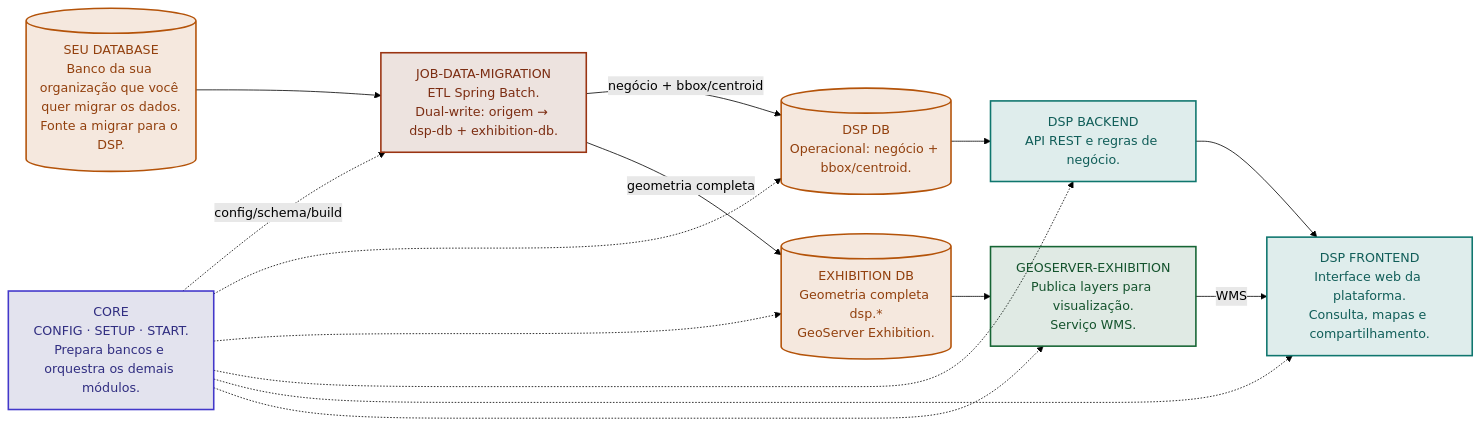
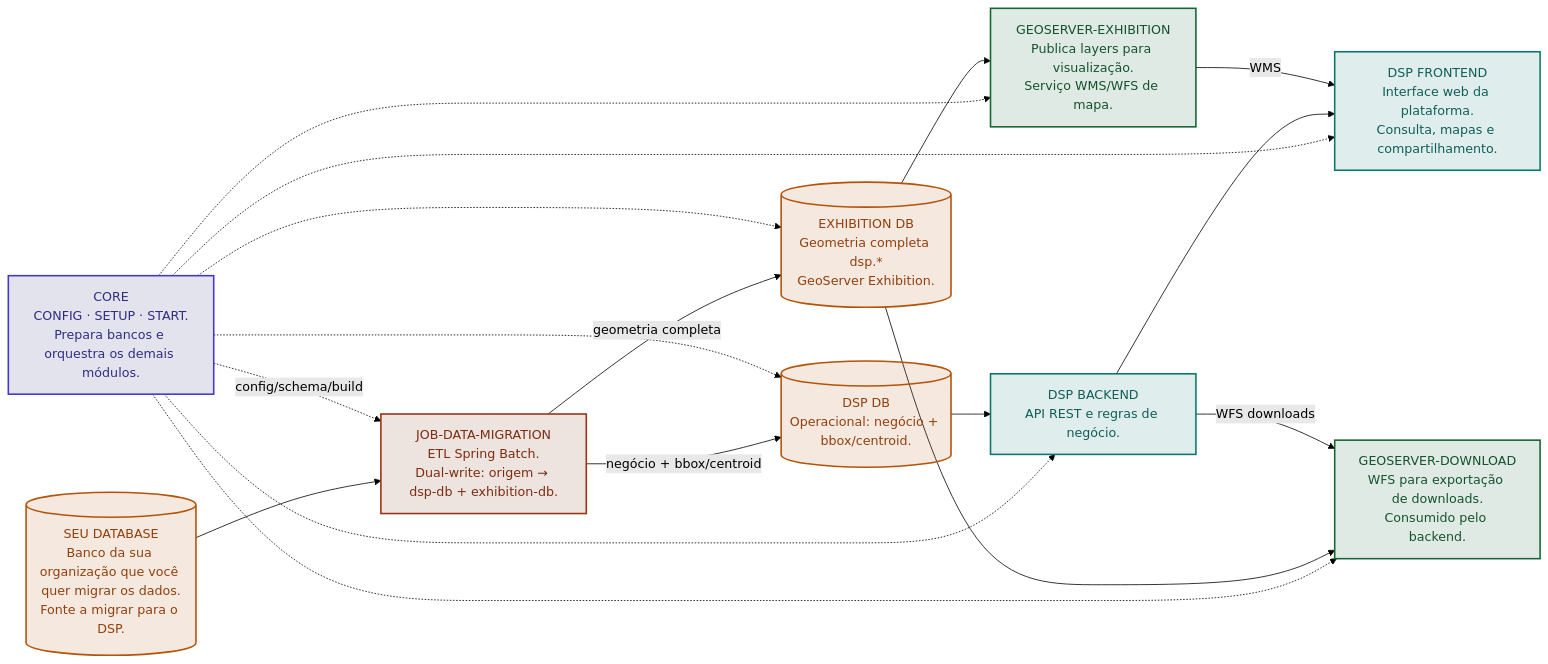
One commit to kleber-albino/rer-dsp-docs changed the diagram in docs/index.md. Above: the diagram before and after it, drawn with Mermaid (forest theme). The commit also changed other lines of this file and 12 other files, not shown here.

First line of the commit message:
docs: update for dual GeoServer setup (Exhibition & Download)

````diff
--- a/docs/index.md
+++ b/docs/index.md
@@ -18,42 +18,46 @@
 ```mermaid
 flowchart LR
   srcDb[("SEU DATABASE<br/>Banco da sua organização que você quer migrar os dados.<br/>Fonte a migrar para o DSP.")]
   jobMig["JOB-DATA-MIGRATION<br/>ETL Spring Batch.<br/>Dual-write: origem → dsp-db + exhibition-db."]
   core["CORE<br/>CONFIG · SETUP · START.<br/>Prepara bancos e orquestra os demais módulos."]
 
   dspDb[("DSP DB<br/>Operacional: negócio + bbox/centroid.")]
   gsDb[("EXHIBITION DB<br/>Geometria completa dsp.*<br/>GeoServer Exhibition.")]
 
   be["DSP BACKEND<br/>API REST e regras de negócio."]
   fe["DSP FRONTEND<br/>Interface web da plataforma.<br/>Consulta, mapas e compartilhamento."]
 
-  gsEx["GEOSERVER-EXHIBITION<br/>Publica layers para visualização.<br/>Serviço WMS."]
+  gsEx["GEOSERVER-EXHIBITION<br/>Publica layers para visualização.<br/>Serviço WMS/WFS de mapa."]
+  gsDl["GEOSERVER-DOWNLOAD<br/>WFS para exportação de downloads.<br/>Consumido pelo backend."]
 
   srcDb --> jobMig
   jobMig -->|"negócio + bbox/centroid"| dspDb
   jobMig -->|"geometria completa"| gsDb
   core -.config/schema/build.-> jobMig
   core -.-> dspDb
   core -.-> gsDb
   core -.-> be
   core -.-> fe
   core -.-> gsEx
+  core -.-> gsDl
 
   dspDb --> be
   gsDb --> gsEx
+  gsDb --> gsDl
 
   be --> fe
+  be -->|WFS downloads| gsDl
   gsEx -->|WMS| fe
 
   classDef app fill:#0f766e22,color:#115e59,stroke:#0f766e,stroke-width:2px
   classDef geoCls fill:#16653422,color:#14532d,stroke:#166534,stroke-width:2px
   classDef db fill:#b4530922,color:#92400e,stroke:#b45309,stroke-width:2px
   classDef job fill:#7c2d1222,color:#7c2d12,stroke:#9a3412,stroke-width:2px
   classDef coreCls fill:#312e8122,color:#312e81,stroke:#4338ca,stroke-width:2px
 
   class fe,be app
-  class gsEx geoCls
+  class gsEx,gsDl geoCls
   class dspDb,gsDb,srcDb db
   class jobMig job
   class core coreCls
 ```
````
